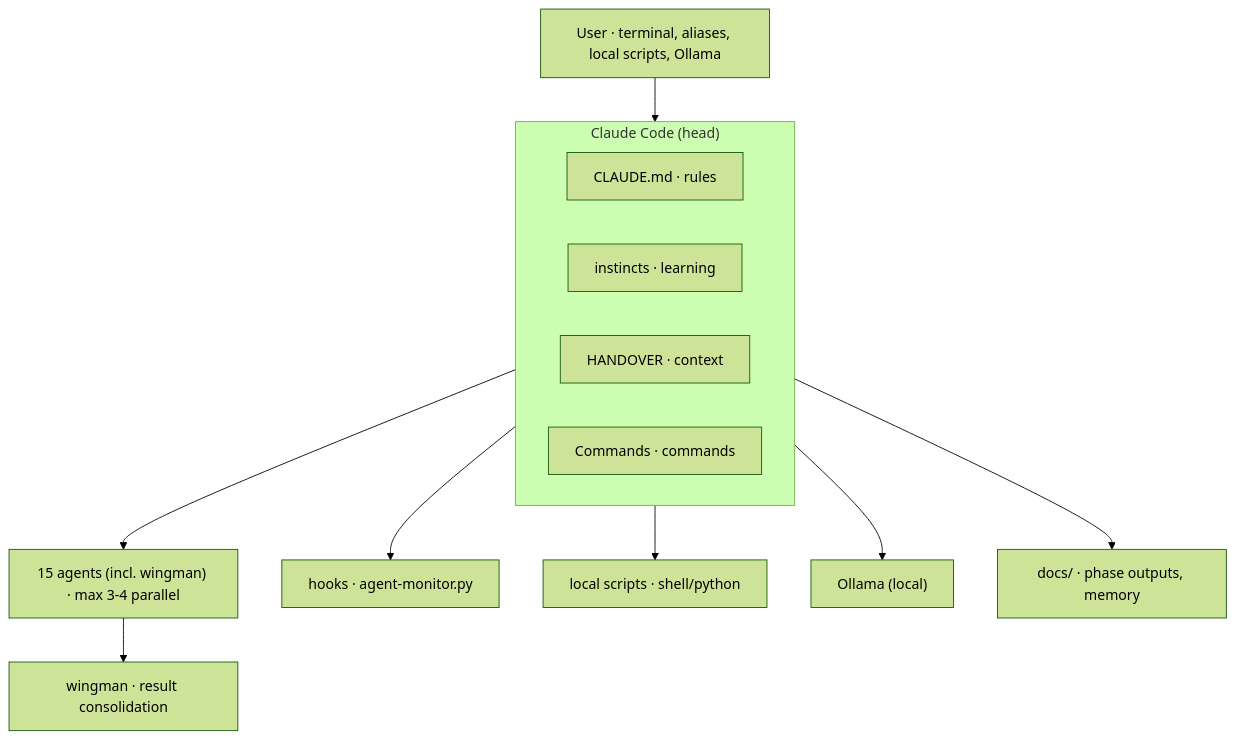
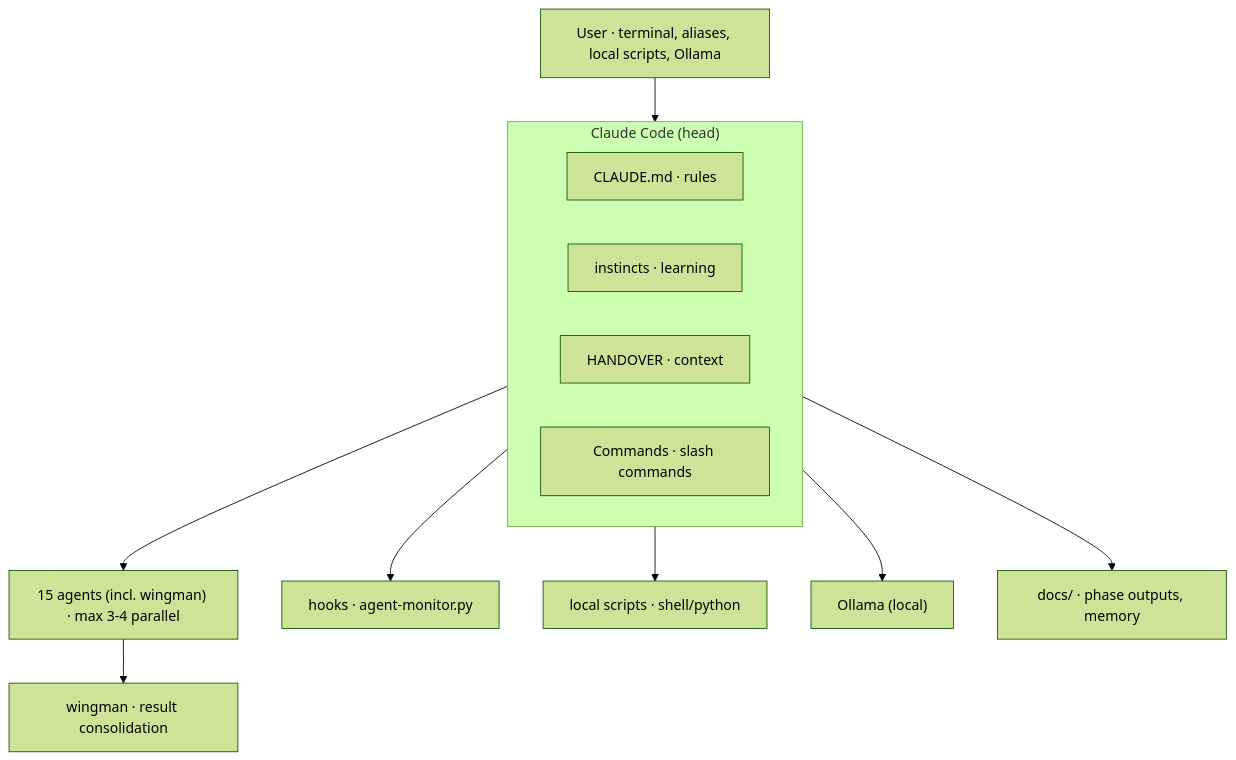
One commit to jonase47/ccpr changed the diagram in handbook/SYSTEM_OVERVIEW.md. Above: the diagram before and after it, drawn with Mermaid (forest theme). The commit also changed 3 other files, not shown here.

````diff
--- a/handbook/SYSTEM_OVERVIEW.md
+++ b/handbook/SYSTEM_OVERVIEW.md
@@ -69,16 +69,16 @@
 ```mermaid
 flowchart TD
     User["User · terminal, aliases, local scripts, Ollama"] --> CC
     subgraph CC["Claude Code (head)"]
         Rules["CLAUDE.md · rules"]
         Inst["instincts · learning"]
         Hand["HANDOVER · context"]
-        Commands["Commands · commands"]
+        Commands["Commands · slash commands"]
     end
     CC --> Agents["15 agents (incl. wingman) · max 3-4 parallel"]
     Agents --> Wing["wingman · result consolidation"]
     CC --> Hooks["hooks · agent-monitor.py"]
     CC --> Scripts["local scripts · shell/python"]
     CC --> Ollama["Ollama (local)"]
     CC --> Docs["docs/ · phase outputs, memory"]
 ```
````
